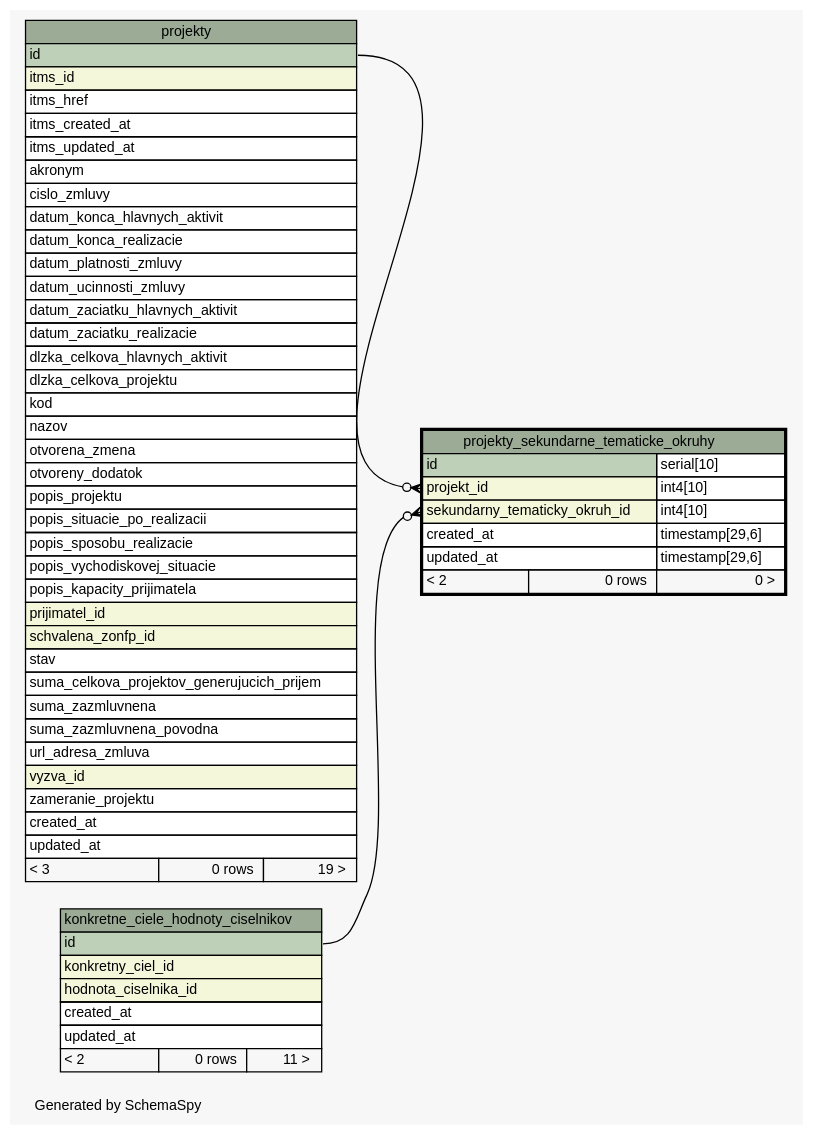
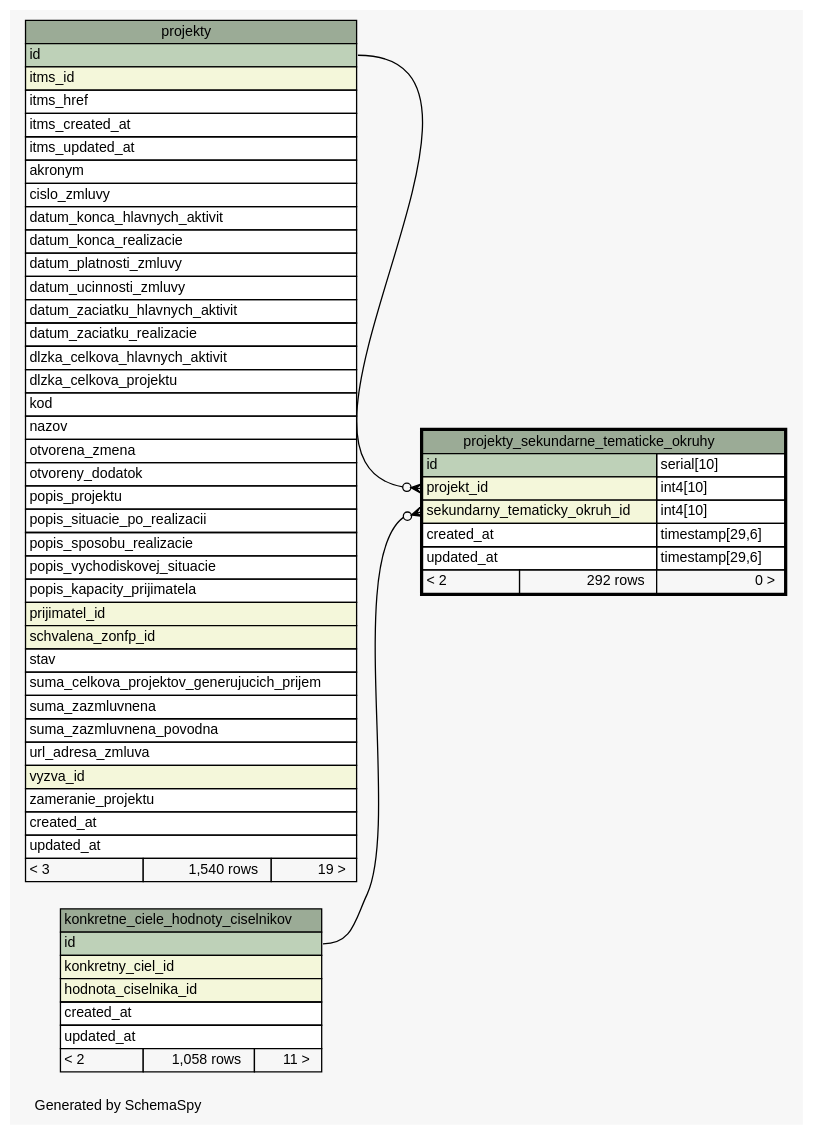
One commit to eronisko/itms_schema changed the diagram in diagrams/projekty_sekundarne_tematicke_okruhy.1degree.dot. Above: the diagram before and after it, drawn with Graphviz. The commit also changed 470 other files, not shown here.

Commit message:
Reload schema data

```diff
--- a/diagrams/projekty_sekundarne_tematicke_okruhy.1degree.dot
+++ b/diagrams/projekty_sekundarne_tematicke_okruhy.1degree.dot
@@ -1,96 +1,96 @@
 // dot 2.38.0 on Linux 4.10.0-38-generic
 // SchemaSpy rev 590
 digraph "oneDegreeRelationshipsDiagram" {
   graph [
     rankdir="RL"
     bgcolor="#f7f7f7"
     label="\nGenerated by SchemaSpy"
     labeljust="l"
     nodesep="0.18"
     ranksep="0.46"
     fontname="Helvetica"
     fontsize="11"
   ];
   node [
     fontname="Helvetica"
     fontsize="11"
     shape="plaintext"
   ];
   edge [
     arrowsize="0.8"
   ];
   "projekty_sekundarne_tematicke_okruhy":"projekt_id":w -> "projekty":"id":e [arrowhead=none dir=back arrowtail=crowodot];
   "projekty_sekundarne_tematicke_okruhy":"sekundarny_tematicky_okruh_id":w -> "konkretne_ciele_hodnoty_ciselnikov":"id":e [arrowhead=none dir=back arrowtail=crowodot];
   "konkretne_ciele_hodnoty_ciselnikov" [
     label=<
     <TABLE BORDER="0" CELLBORDER="1" CELLSPACING="0" BGCOLOR="#ffffff">
       <TR><TD COLSPAN="3" BGCOLOR="#9bab96" ALIGN="CENTER">konkretne_ciele_hodnoty_ciselnikov</TD></TR>
       <TR><TD PORT="id" COLSPAN="3" BGCOLOR="#bed1b8" ALIGN="LEFT">id</TD></TR>
       <TR><TD PORT="konkretny_ciel_id" COLSPAN="3" BGCOLOR="#f4f7da" ALIGN="LEFT">konkretny_ciel_id</TD></TR>
       <TR><TD PORT="hodnota_ciselnika_id" COLSPAN="3" BGCOLOR="#f4f7da" ALIGN="LEFT">hodnota_ciselnika_id</TD></TR>
       <TR><TD PORT="created_at" COLSPAN="3" ALIGN="LEFT">created_at</TD></TR>
       <TR><TD PORT="updated_at" COLSPAN="3" ALIGN="LEFT">updated_at</TD></TR>
-      <TR><TD ALIGN="LEFT" BGCOLOR="#f7f7f7">&lt; 2</TD><TD ALIGN="RIGHT" BGCOLOR="#f7f7f7">0 rows</TD><TD ALIGN="RIGHT" BGCOLOR="#f7f7f7">11 &gt;</TD></TR>
+      <TR><TD ALIGN="LEFT" BGCOLOR="#f7f7f7">&lt; 2</TD><TD ALIGN="RIGHT" BGCOLOR="#f7f7f7">1,058 rows</TD><TD ALIGN="RIGHT" BGCOLOR="#f7f7f7">11 &gt;</TD></TR>
     </TABLE>>
     URL="konkretne_ciele_hodnoty_ciselnikov.html"
     tooltip="konkretne_ciele_hodnoty_ciselnikov"
   ];
   "projekty" [
     label=<
     <TABLE BORDER="0" CELLBORDER="1" CELLSPACING="0" BGCOLOR="#ffffff">
       <TR><TD COLSPAN="3" BGCOLOR="#9bab96" ALIGN="CENTER">projekty</TD></TR>
       <TR><TD PORT="id" COLSPAN="3" BGCOLOR="#bed1b8" ALIGN="LEFT">id</TD></TR>
       <TR><TD PORT="itms_id" COLSPAN="3" BGCOLOR="#f4f7da" ALIGN="LEFT">itms_id</TD></TR>
       <TR><TD PORT="itms_href" COLSPAN="3" ALIGN="LEFT">itms_href</TD></TR>
       <TR><TD PORT="itms_created_at" COLSPAN="3" ALIGN="LEFT">itms_created_at</TD></TR>
       <TR><TD PORT="itms_updated_at" COLSPAN="3" ALIGN="LEFT">itms_updated_at</TD></TR>
       <TR><TD PORT="akronym" COLSPAN="3" ALIGN="LEFT">akronym</TD></TR>
       <TR><TD PORT="cislo_zmluvy" COLSPAN="3" ALIGN="LEFT">cislo_zmluvy</TD></TR>
       <TR><TD PORT="datum_konca_hlavnych_aktivit" COLSPAN="3" ALIGN="LEFT">datum_konca_hlavnych_aktivit</TD></TR>
       <TR><TD PORT="datum_konca_realizacie" COLSPAN="3" ALIGN="LEFT">datum_konca_realizacie</TD></TR>
       <TR><TD PORT="datum_platnosti_zmluvy" COLSPAN="3" ALIGN="LEFT">datum_platnosti_zmluvy</TD></TR>
       <TR><TD PORT="datum_ucinnosti_zmluvy" COLSPAN="3" ALIGN="LEFT">datum_ucinnosti_zmluvy</TD></TR>
       <TR><TD PORT="datum_zaciatku_hlavnych_aktivit" COLSPAN="3" ALIGN="LEFT">datum_zaciatku_hlavnych_aktivit</TD></TR>
       <TR><TD PORT="datum_zaciatku_realizacie" COLSPAN="3" ALIGN="LEFT">datum_zaciatku_realizacie</TD></TR>
       <TR><TD PORT="dlzka_celkova_hlavnych_aktivit" COLSPAN="3" ALIGN="LEFT">dlzka_celkova_hlavnych_aktivit</TD></TR>
       <TR><TD PORT="dlzka_celkova_projektu" COLSPAN="3" ALIGN="LEFT">dlzka_celkova_projektu</TD></TR>
       <TR><TD PORT="kod" COLSPAN="3" ALIGN="LEFT">kod</TD></TR>
       <TR><TD PORT="nazov" COLSPAN="3" ALIGN="LEFT">nazov</TD></TR>
       <TR><TD PORT="otvorena_zmena" COLSPAN="3" ALIGN="LEFT">otvorena_zmena</TD></TR>
       <TR><TD PORT="otvoreny_dodatok" COLSPAN="3" ALIGN="LEFT">otvoreny_dodatok</TD></TR>
       <TR><TD PORT="popis_projektu" COLSPAN="3" ALIGN="LEFT">popis_projektu</TD></TR>
       <TR><TD PORT="popis_situacie_po_realizacii" COLSPAN="3" ALIGN="LEFT">popis_situacie_po_realizacii</TD></TR>
       <TR><TD PORT="popis_sposobu_realizacie" COLSPAN="3" ALIGN="LEFT">popis_sposobu_realizacie</TD></TR>
       <TR><TD PORT="popis_vychodiskovej_situacie" COLSPAN="3" ALIGN="LEFT">popis_vychodiskovej_situacie</TD></TR>
       <TR><TD PORT="popis_kapacity_prijimatela" COLSPAN="3" ALIGN="LEFT">popis_kapacity_prijimatela</TD></TR>
       <TR><TD PORT="prijimatel_id" COLSPAN="3" BGCOLOR="#f4f7da" ALIGN="LEFT">prijimatel_id</TD></TR>
       <TR><TD PORT="schvalena_zonfp_id" COLSPAN="3" BGCOLOR="#f4f7da" ALIGN="LEFT">schvalena_zonfp_id</TD></TR>
       <TR><TD PORT="stav" COLSPAN="3" ALIGN="LEFT">stav</TD></TR>
       <TR><TD PORT="suma_celkova_projektov_generujucich_prijem" COLSPAN="3" ALIGN="LEFT">suma_celkova_projektov_generujucich_prijem</TD></TR>
       <TR><TD PORT="suma_zazmluvnena" COLSPAN="3" ALIGN="LEFT">suma_zazmluvnena</TD></TR>
       <TR><TD PORT="suma_zazmluvnena_povodna" COLSPAN="3" ALIGN="LEFT">suma_zazmluvnena_povodna</TD></TR>
       <TR><TD PORT="url_adresa_zmluva" COLSPAN="3" ALIGN="LEFT">url_adresa_zmluva</TD></TR>
       <TR><TD PORT="vyzva_id" COLSPAN="3" BGCOLOR="#f4f7da" ALIGN="LEFT">vyzva_id</TD></TR>
       <TR><TD PORT="zameranie_projektu" COLSPAN="3" ALIGN="LEFT">zameranie_projektu</TD></TR>
       <TR><TD PORT="created_at" COLSPAN="3" ALIGN="LEFT">created_at</TD></TR>
       <TR><TD PORT="updated_at" COLSPAN="3" ALIGN="LEFT">updated_at</TD></TR>
-      <TR><TD ALIGN="LEFT" BGCOLOR="#f7f7f7">&lt; 3</TD><TD ALIGN="RIGHT" BGCOLOR="#f7f7f7">0 rows</TD><TD ALIGN="RIGHT" BGCOLOR="#f7f7f7">19 &gt;</TD></TR>
+      <TR><TD ALIGN="LEFT" BGCOLOR="#f7f7f7">&lt; 3</TD><TD ALIGN="RIGHT" BGCOLOR="#f7f7f7">1,540 rows</TD><TD ALIGN="RIGHT" BGCOLOR="#f7f7f7">19 &gt;</TD></TR>
     </TABLE>>
     URL="projekty.html"
     tooltip="projekty"
   ];
   "projekty_sekundarne_tematicke_okruhy" [
     label=<
     <TABLE BORDER="2" CELLBORDER="1" CELLSPACING="0" BGCOLOR="#ffffff">
       <TR><TD COLSPAN="3" BGCOLOR="#9bab96" ALIGN="CENTER">projekty_sekundarne_tematicke_okruhy</TD></TR>
       <TR><TD PORT="id" COLSPAN="2" BGCOLOR="#bed1b8" ALIGN="LEFT">id</TD><TD PORT="id.type" ALIGN="LEFT">serial[10]</TD></TR>
       <TR><TD PORT="projekt_id" COLSPAN="2" BGCOLOR="#f4f7da" ALIGN="LEFT">projekt_id</TD><TD PORT="projekt_id.type" ALIGN="LEFT">int4[10]</TD></TR>
       <TR><TD PORT="sekundarny_tematicky_okruh_id" COLSPAN="2" BGCOLOR="#f4f7da" ALIGN="LEFT">sekundarny_tematicky_okruh_id</TD><TD PORT="sekundarny_tematicky_okruh_id.type" ALIGN="LEFT">int4[10]</TD></TR>
       <TR><TD PORT="created_at" COLSPAN="2" ALIGN="LEFT">created_at</TD><TD PORT="created_at.type" ALIGN="LEFT">timestamp[29,6]</TD></TR>
       <TR><TD PORT="updated_at" COLSPAN="2" ALIGN="LEFT">updated_at</TD><TD PORT="updated_at.type" ALIGN="LEFT">timestamp[29,6]</TD></TR>
-      <TR><TD ALIGN="LEFT" BGCOLOR="#f7f7f7">&lt; 2</TD><TD ALIGN="RIGHT" BGCOLOR="#f7f7f7">0 rows</TD><TD ALIGN="RIGHT" BGCOLOR="#f7f7f7">0 &gt;</TD></TR>
+      <TR><TD ALIGN="LEFT" BGCOLOR="#f7f7f7">&lt; 2</TD><TD ALIGN="RIGHT" BGCOLOR="#f7f7f7">292 rows</TD><TD ALIGN="RIGHT" BGCOLOR="#f7f7f7">0 &gt;</TD></TR>
     </TABLE>>
     URL="projekty_sekundarne_tematicke_okruhy.html"
     tooltip="projekty_sekundarne_tematicke_okruhy"
   ];
 }
```
